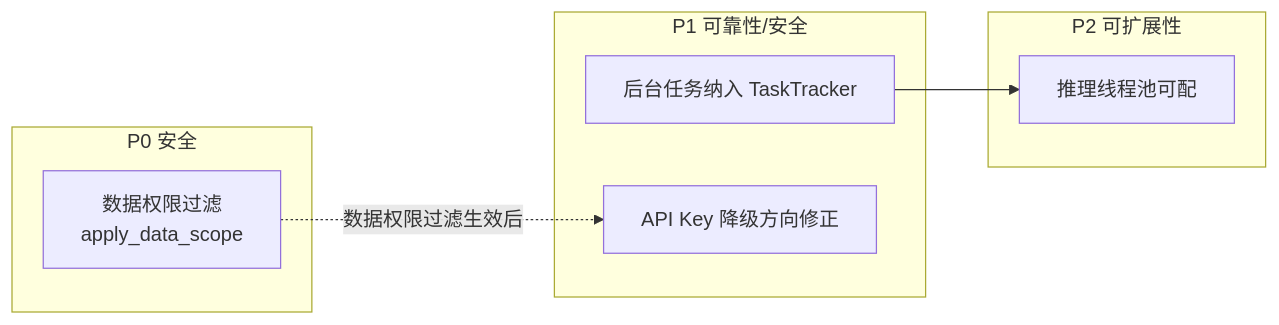
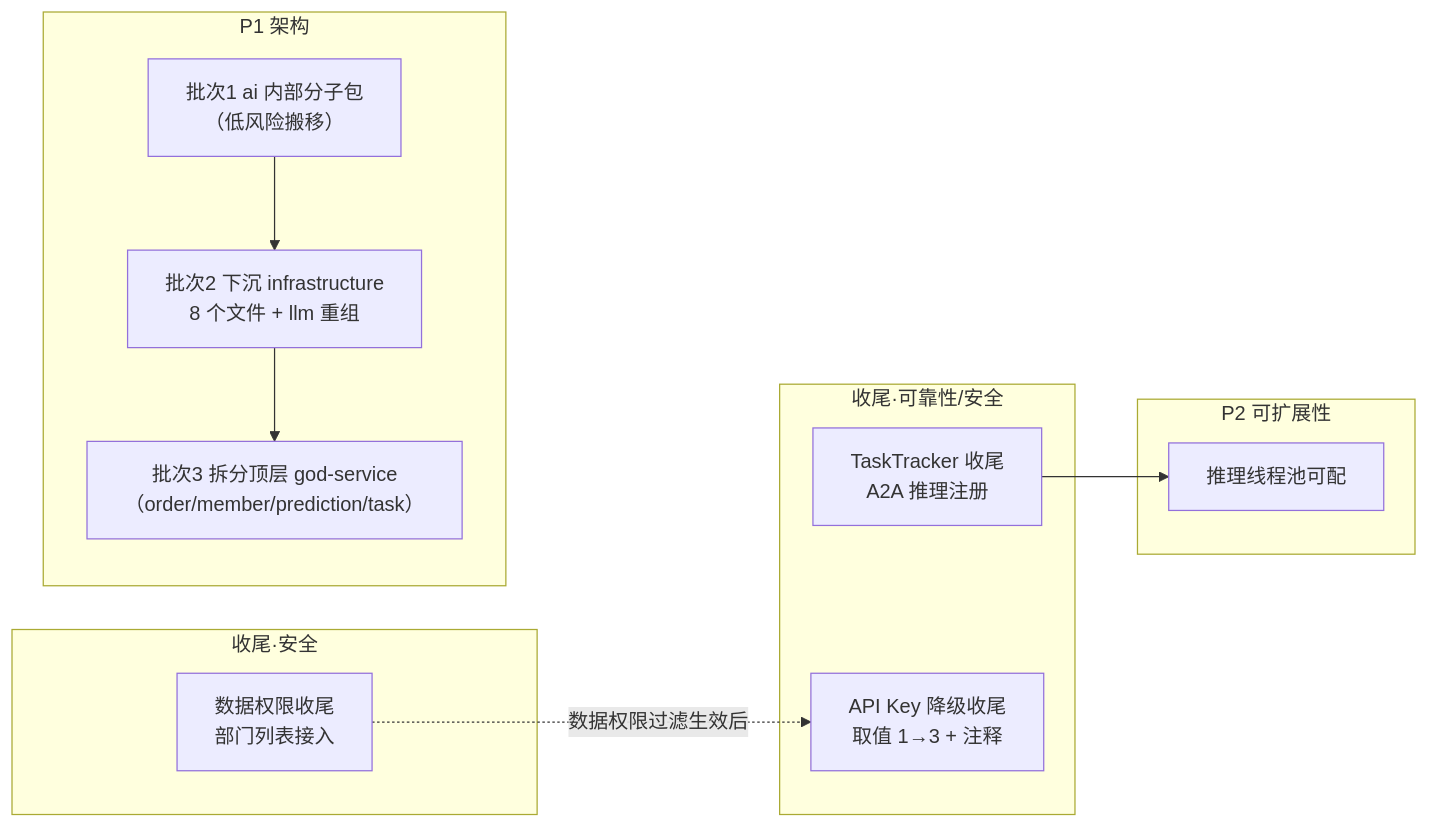
Before and after one commit to earthy-zinc/dehaze-system: the diagram in dehaze-doc/docs/05-改造计划/Python后端改造计划.md, drawn with Mermaid. The commit also changed other lines of this file and 7 other files, not shown here.

````diff
--- a/dehaze-doc/docs/05-改造计划/Python后端改造计划.md
+++ b/dehaze-doc/docs/05-改造计划/Python后端改造计划.md
@@ -153,16 +348,22 @@
 ```mermaid
 flowchart LR
-    subgraph P0["P0 安全"]
-        A1["数据权限过滤<br/>apply_data_scope"]
+    subgraph P0["收尾·安全"]
+        A1["数据权限收尾<br/>部门列表接入"]
     end
-    subgraph P1["P1 可靠性/安全"]
-        B1["后台任务纳入 TaskTracker"]
-        B2["API Key 降级方向修正"]
+    subgraph P1["收尾·可靠性/安全"]
+        B1["TaskTracker 收尾<br/>A2A 推理注册"]
+        B2["API Key 降级收尾<br/>取值 1→3 + 注释"]
     end
     subgraph P2["P2 可扩展性"]
         C1["推理线程池可配"]
     end
+    subgraph P3["P1 架构"]
+        D1["批次1 ai 内部分子包<br/>（低风险搬移）"]
+        D2["批次2 下沉 infrastructure<br/>8 个文件 + llm 重组"]
+        D3["批次3 拆分顶层 god-service<br/>（order/member/prediction/task）"]
+    end
 
     A1 -.数据权限过滤生效后.-> B2
     B1 --> C1
+    D1 --> D2 --> D3
 ```
````
